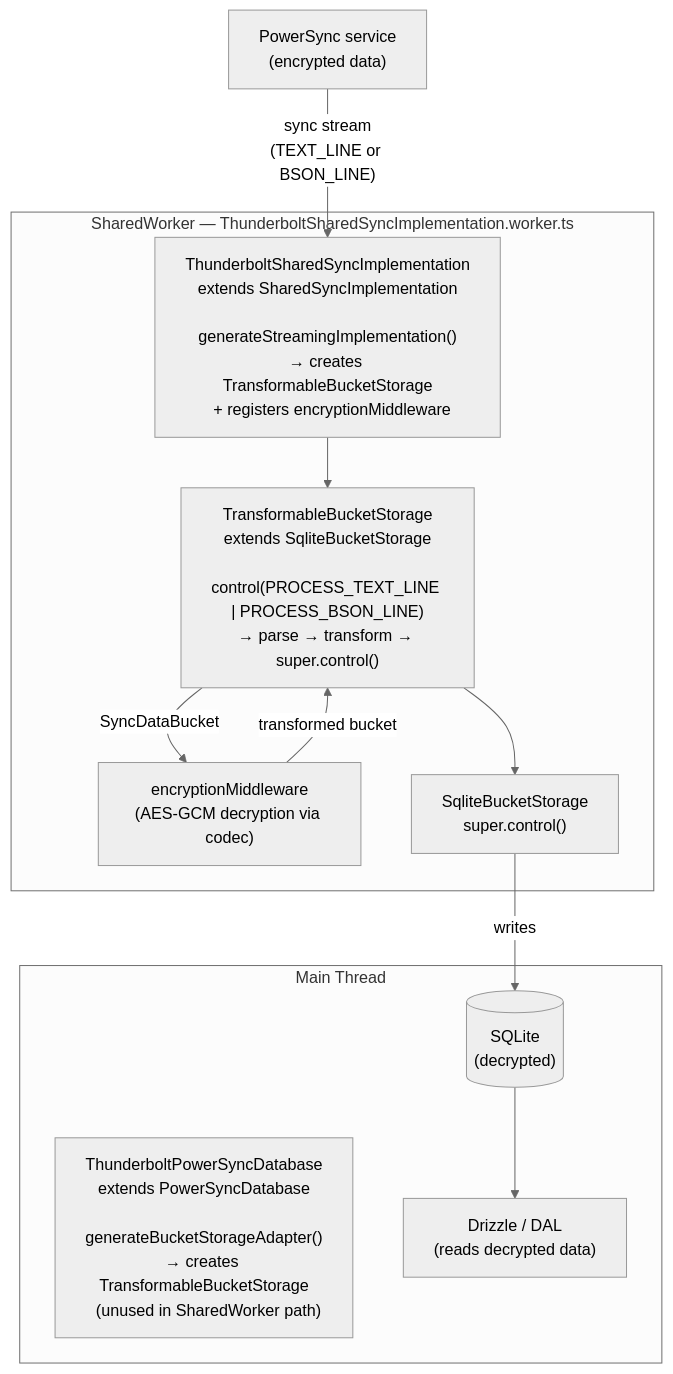
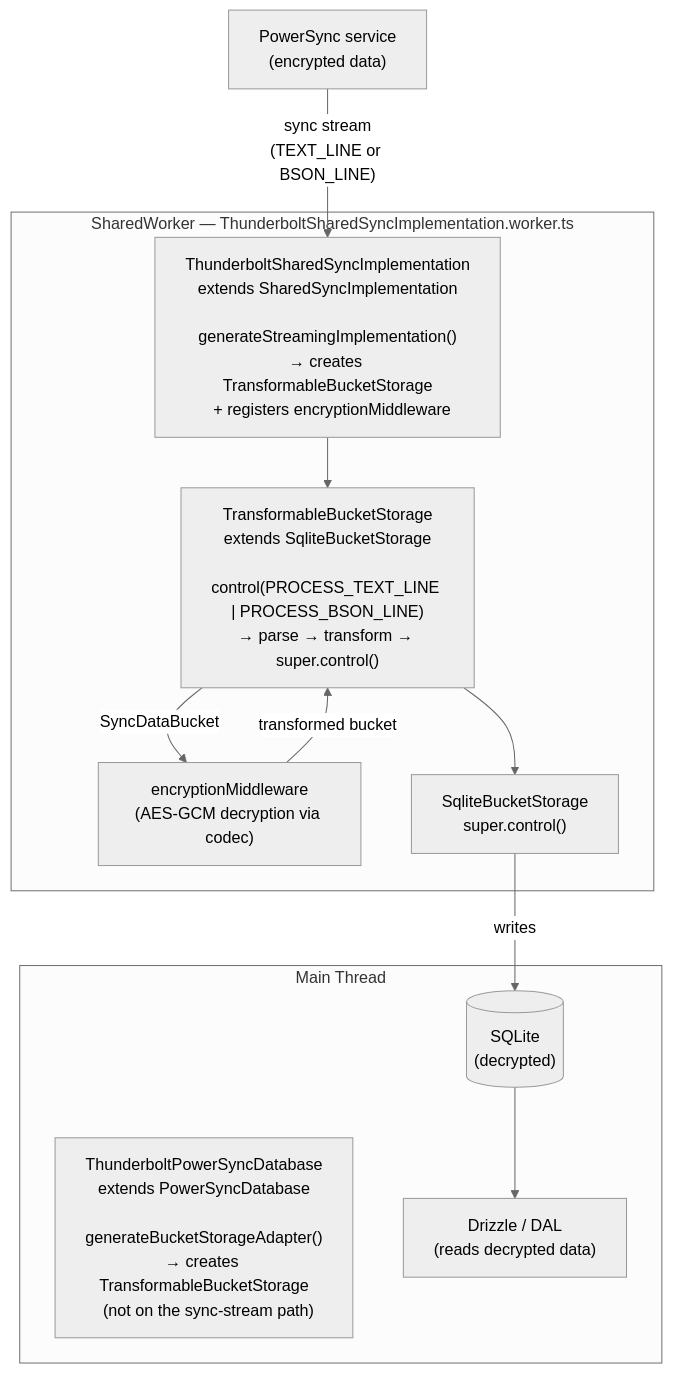
The first of 2 diagrams in docs/architecture/powersync-sync-middleware.md (thunderbird/thunderbolt), drawn with Mermaid (neutral theme) before and after one commit. The commit also changed other lines of this file and 96 other files, not shown here.

````diff
--- a/docs/architecture/powersync-sync-middleware.md
+++ b/docs/architecture/powersync-sync-middleware.md
@@ -36,25 +37,25 @@
 ```mermaid
 flowchart TD
     Server["PowerSync service<br/>(encrypted data)"]
 
     subgraph MainThread["Main Thread"]
-        TPS["ThunderboltPowerSyncDatabase<br/>extends PowerSyncDatabase<br/><br/>generateBucketStorageAdapter()<br/>→ creates TransformableBucketStorage<br/>  (unused in SharedWorker path)"]
+        TPS["ThunderboltPowerSyncDatabase<br/>extends PowerSyncDatabase<br/><br/>generateBucketStorageAdapter()<br/>→ creates TransformableBucketStorage<br/>  (not on the sync-stream path)"]
         Drizzle["Drizzle / DAL<br/>(reads decrypted data)"]
         SQLite[("SQLite<br/>(decrypted)")]
     end
 
     subgraph SharedWorker["SharedWorker — ThunderboltSharedSyncImplementation.worker.ts"]
         TSSI["ThunderboltSharedSyncImplementation<br/>extends SharedSyncImplementation<br/><br/>generateStreamingImplementation()<br/>→ creates TransformableBucketStorage<br/>  + registers encryptionMiddleware"]
         TBS["TransformableBucketStorage<br/>extends SqliteBucketStorage<br/><br/>control(PROCESS_TEXT_LINE | PROCESS_BSON_LINE)<br/>→ parse → transform → super.control()"]
         MW["encryptionMiddleware<br/>(AES-GCM decryption via codec)"]
         SBS["SqliteBucketStorage<br/>super.control()"]
     end
 
     Server -->|"sync stream<br/>(TEXT_LINE or BSON_LINE)"| TSSI
     TSSI --> TBS
     TBS -->|"SyncDataBucket"| MW
     MW -->|"transformed bucket"| TBS
     TBS --> SBS
     SBS -->|"writes"| SQLite
     SQLite --> Drizzle
 ```
````
